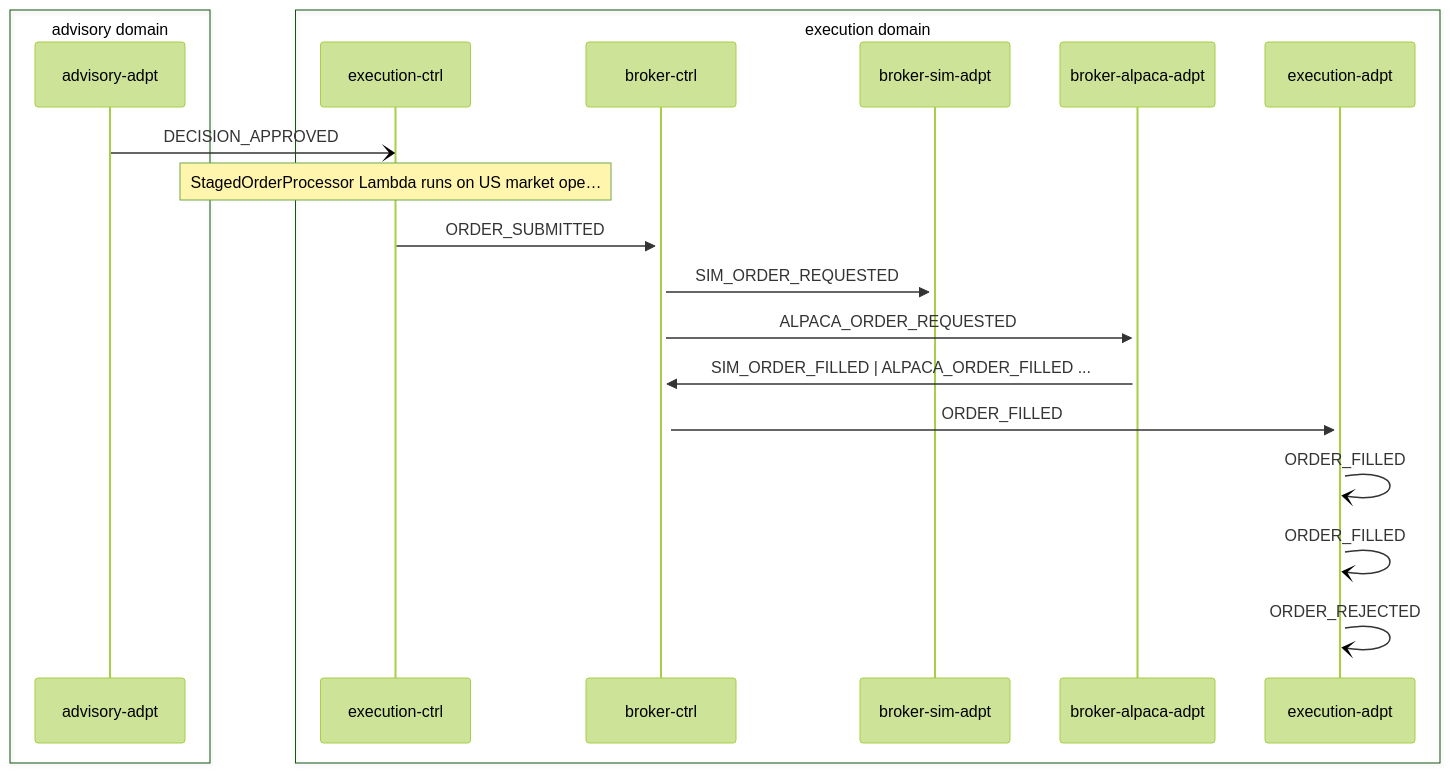
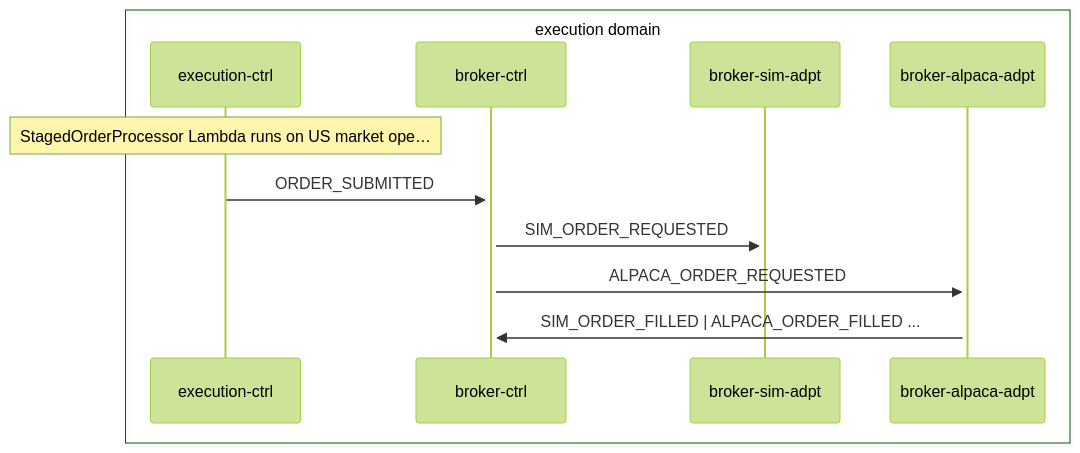
The second of 2 diagrams in docs/data-flows/order-execution.md (fabio-vitali/nestfolio), drawn with Mermaid (forest theme) before and after one commit. The commit also changed other lines of this file and 19 other files, not shown here.

First line of the commit message:
docs(flows): update flow specs and schema for pull model adapter routing

````diff
--- a/docs/data-flows/order-execution.md
+++ b/docs/data-flows/order-execution.md
@@ -34,23 +28,14 @@
 ```mermaid
 sequenceDiagram
-    box advisory domain
-        participant advisory_adpt as advisory-adpt
-    end
     box execution domain
         participant execution_ctrl as execution-ctrl
         participant broker_ctrl as broker-ctrl
         participant broker_sim_adpt as broker-sim-adpt
         participant broker_alpaca_adpt as broker-alpaca-adpt
-        participant execution_adpt as execution-adpt
     end
-    advisory_adpt-)execution_ctrl: DECISION_APPROVED
     Note over execution_ctrl: StagedOrderProcessor Lambda runs on US market ope…
     execution_ctrl->>+broker_ctrl: ORDER_SUBMITTED
     broker_ctrl->>+broker_sim_adpt: SIM_ORDER_REQUESTED
     broker_ctrl->>+broker_alpaca_adpt: ALPACA_ORDER_REQUESTED
     broker_alpaca_adpt->>+broker_ctrl: SIM_ORDER_FILLED | ALPACA_ORDER_FILLED ...
-    broker_ctrl->>+execution_adpt: ORDER_FILLED
-    execution_adpt-)execution_adpt: ORDER_FILLED
-    execution_adpt-)execution_adpt: ORDER_FILLED
-    execution_adpt-)execution_adpt: ORDER_REJECTED
 ```
````
